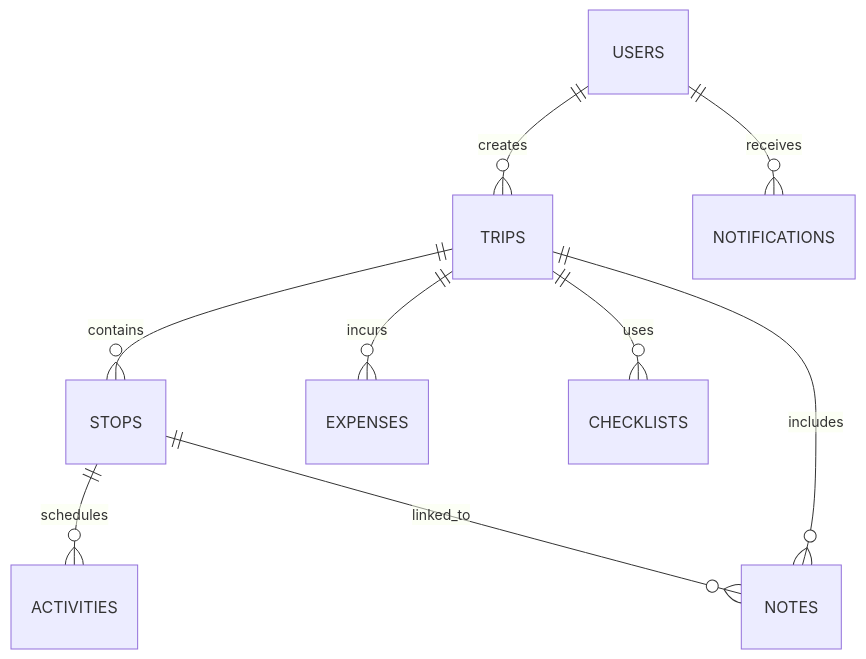
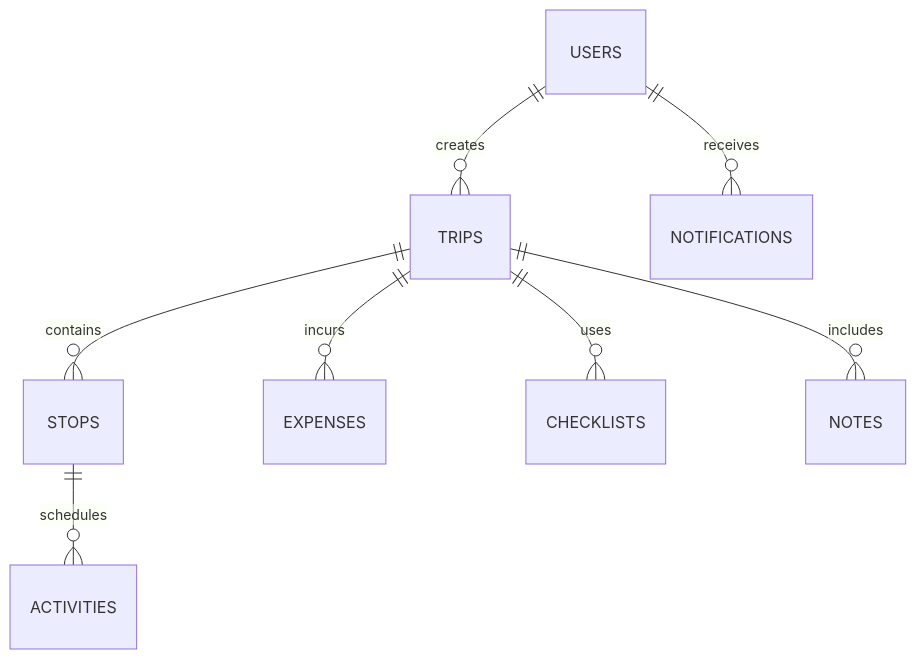
One commit to anujkdotexe/Traveloop-Personalized_Travel_Planner-OdooxParul changed the diagram in docs/DATABASE.md. Above: the diagram before and after it, drawn with Mermaid. The commit also changed other lines of this file and 27 other files, not shown here.

````diff
--- a/docs/DATABASE.md
+++ b/docs/DATABASE.md
@@ -7,11 +7,10 @@
 ```mermaid
 erDiagram
     USERS ||--o{ TRIPS : creates
     USERS ||--o{ NOTIFICATIONS : receives
     TRIPS ||--o{ STOPS : contains
     TRIPS ||--o{ EXPENSES : incurs
     TRIPS ||--o{ CHECKLISTS : uses
     TRIPS ||--o{ NOTES : includes
     STOPS ||--o{ ACTIVITIES : schedules
-    STOPS ||--o{ NOTES : linked_to
 ```
````
